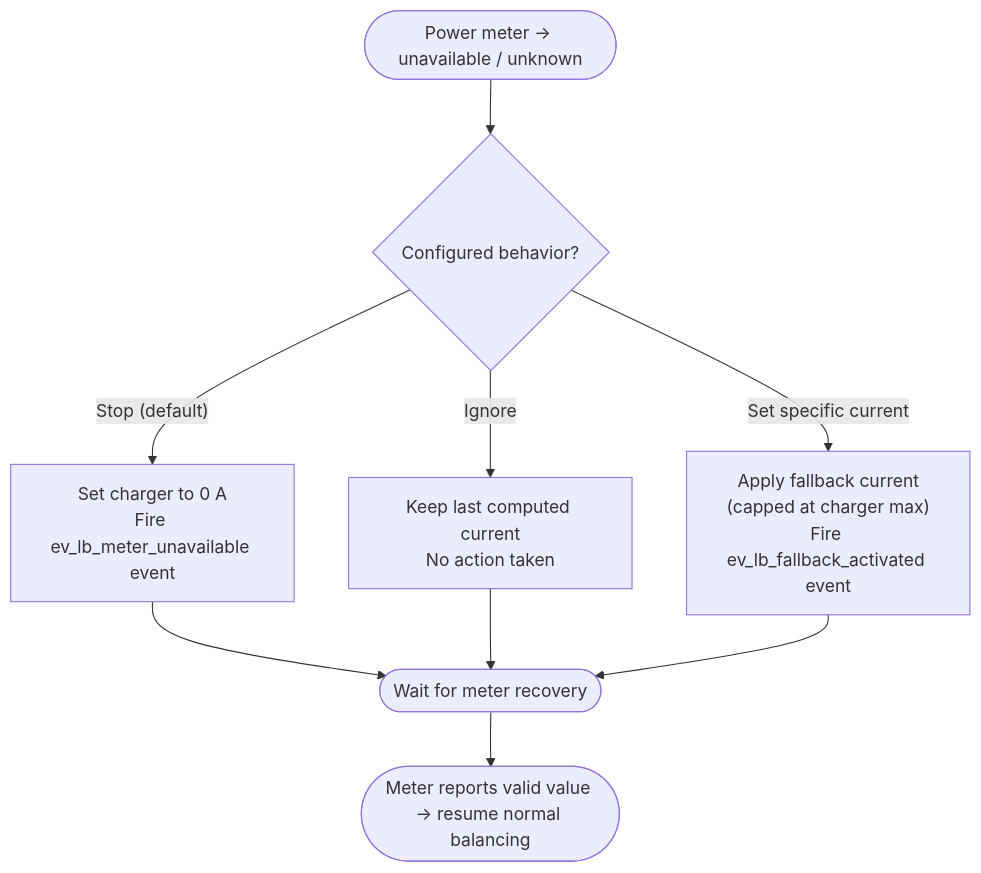
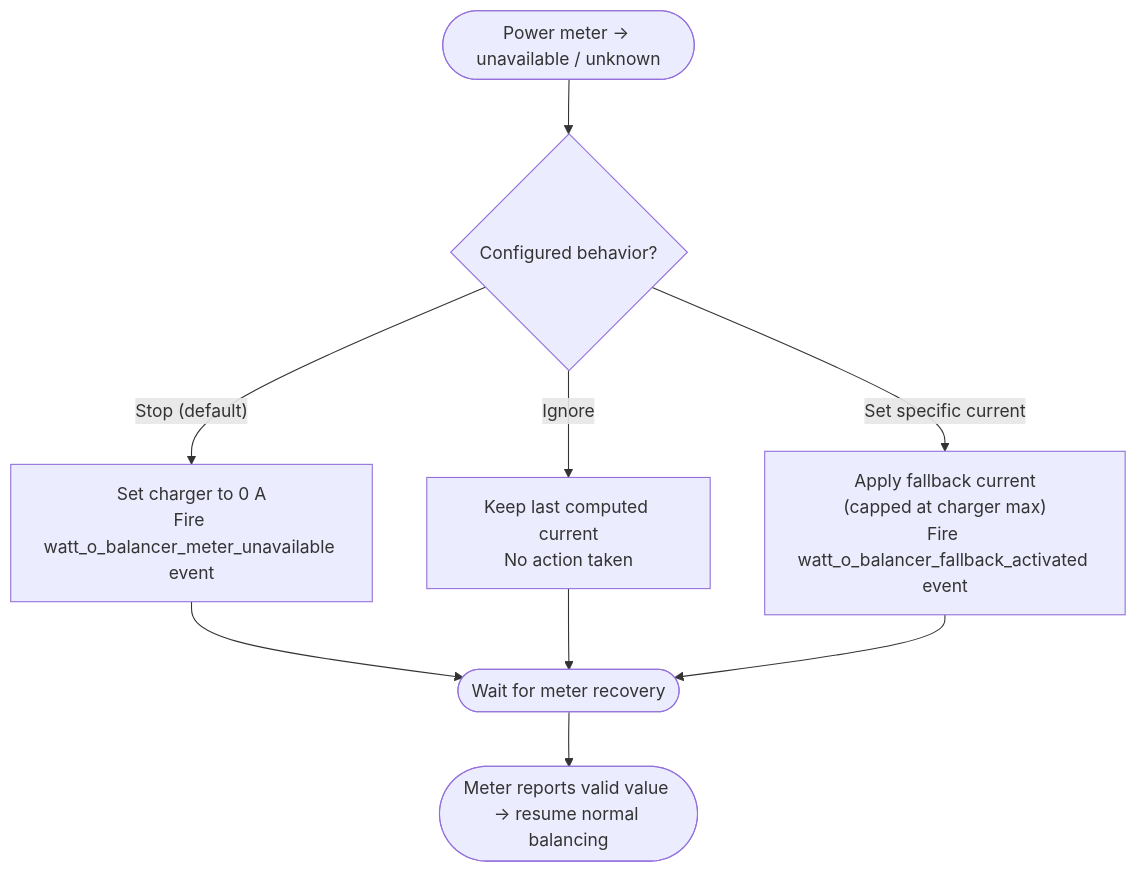
Before and after one commit to alexisml/Watt-O-Balancer: the fifth of 7 diagrams in docs/documentation/03-how-it-works.md, drawn with Mermaid. The commit also changed other lines of this file and 96 other files, not shown here.

Commit message:
Rename domain to watt_o_balancer and add brand images (#168)

````diff
--- a/docs/documentation/03-how-it-works.md
+++ b/docs/documentation/03-how-it-works.md
@@ -582,11 +582,11 @@
 ```mermaid
 flowchart TD
     A(["Power meter → unavailable / unknown"]) --> B{"Configured behavior?"}
-    B -- "Stop (default)" --> C["Set charger to 0 A<br/>Fire ev_lb_meter_unavailable event"]
+    B -- "Stop (default)" --> C["Set charger to 0 A<br/>Fire watt_o_balancer_meter_unavailable event"]
     B -- "Ignore" --> D["Keep last computed current<br/>No action taken"]
-    B -- "Set specific current" --> E["Apply fallback current<br/>(capped at charger max)<br/>Fire ev_lb_fallback_activated event"]
+    B -- "Set specific current" --> E["Apply fallback current<br/>(capped at charger max)<br/>Fire watt_o_balancer_fallback_activated event"]
     C --> F(["Wait for meter recovery"])
     D --> F
     E --> F
     F --> G(["Meter reports valid value → resume normal balancing"])
 ```
````
